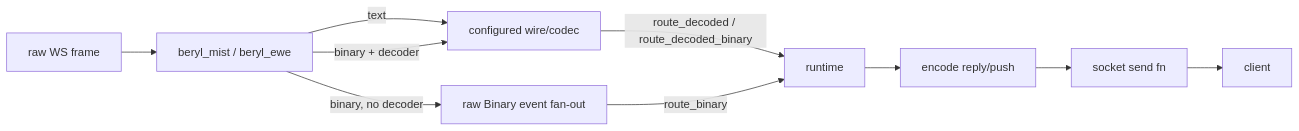
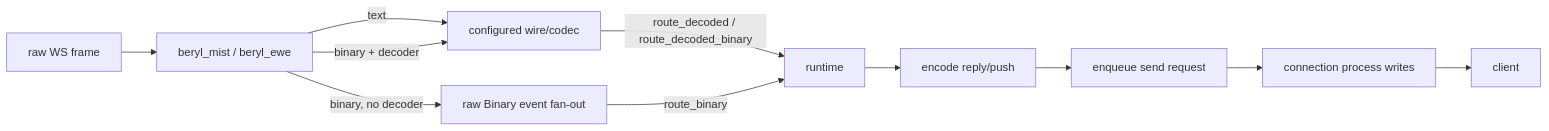
One commit to tylerbutler/beryl changed diagram 11 of 11 in docs/architecture-deck.md. Above: the diagram before and after it, drawn with Mermaid. The commit also changed other lines of this file and 8 other files, not shown here.

First line of the commit message:
docs: align architecture with runtime (#402)

````diff
--- a/docs/architecture-deck.md
+++ b/docs/architecture-deck.md
@@ -412,10 +429,10 @@
 ```mermaid
 flowchart LR
   FR["raw WS frame"] --> MI["beryl_mist / beryl_ewe"]
   MI -->|text| CD["configured wire/codec"]
   MI -->|binary + decoder| CD
   MI -->|binary, no decoder| RB["raw Binary event fan-out"]
   CD -->|route_decoded / route_decoded_binary| RT["runtime"]
   RB -->|route_binary| RT
-  RT --> EN["encode reply/push"] --> SF["socket send fn"] --> CL["client"]
+  RT --> EN["encode reply/push"] --> SF["enqueue send request"] --> CP["connection process writes"] --> CL["client"]
 ```
````
